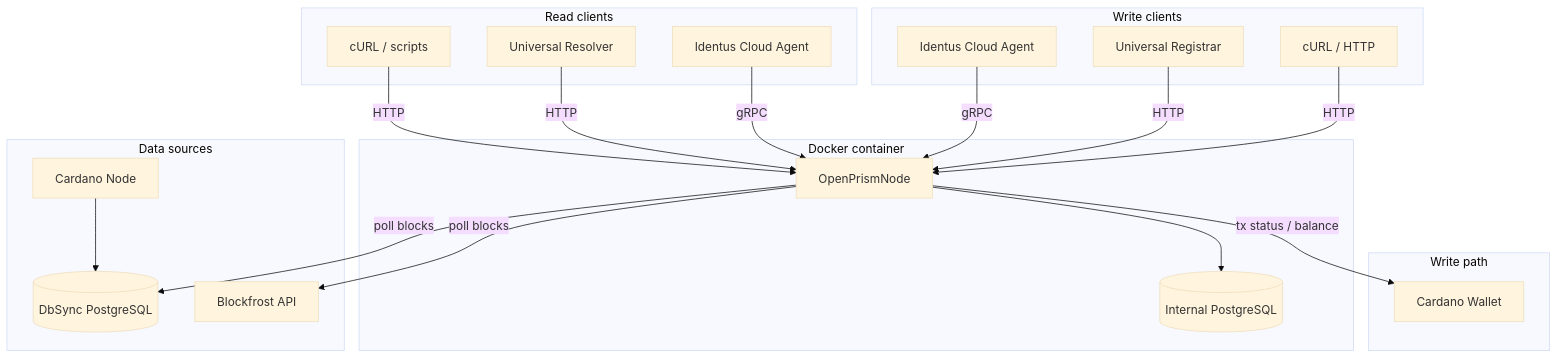
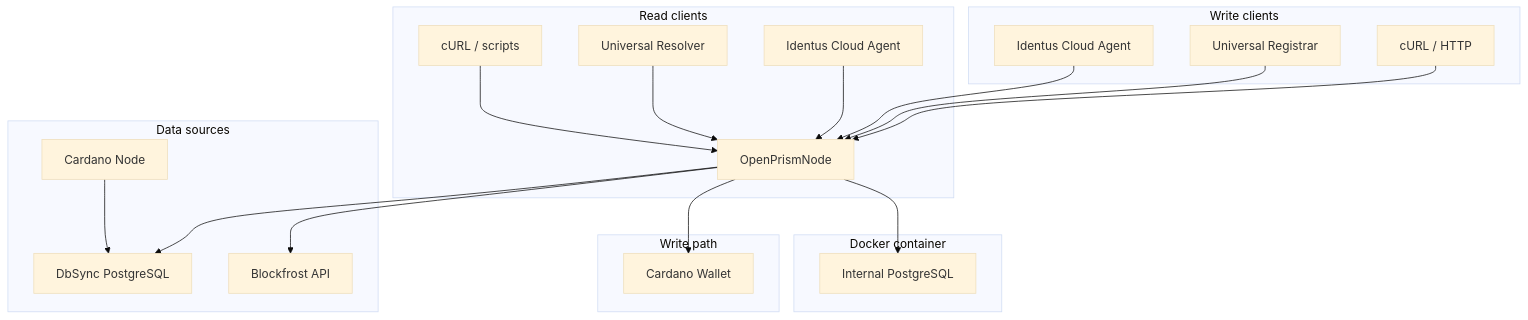
The diagram in docs/Architecture.md (bsandmann/OpenPrismNode), drawn with Mermaid (base theme) before and after one commit.

Commit message:
fiddling with the chart

`````diff
--- a/docs/Architecture.md
+++ b/docs/Architecture.md
@@ -5,53 +5,39 @@
 ```mermaid
-graph TD
-%% Read‑only clients (top)
+flowchart TD
+%% Read clients
    subgraph "Read clients"
-      CurlRead[cURL / scripts]
-      UR[Universal Resolver]
-      IdentusRead[Identus Cloud Agent]
+      CurlRead["cURL / scripts"] --> OPN
+      UR["Universal Resolver"] --> OPN
+      IdentusRead["Identus Cloud Agent"] --> OPN
    end
 
-%% Write‑capable clients
+%% Write clients
    subgraph "Write clients"
-      IdentusWrite[Identus Cloud Agent]
-      UniRegistrar[Universal Registrar]
-      CurlWrite[cURL / HTTP]
+      IdentusWrite["Identus Cloud Agent"] --> OPN
+      UniRegistrar["Universal Registrar"] --> OPN
+      CurlWrite["cURL / HTTP"] --> OPN
    end
 
-%% Docker container with OPN & internal DB
+%% Core node in Docker container
    subgraph "Docker container"
-      OPN[OpenPrismNode]
-      InternalDB[(Internal PostgreSQL)]
+      OPN["OpenPrismNode"]
+      InternalDB["Internal PostgreSQL"]
       OPN --> InternalDB
    end
 
-%% Data sources (bottom)
+%% Data sources
    subgraph "Data sources"
-      CardanoNode[Cardano Node]
-      DbSync[(DbSync PostgreSQL)]
-      CardanoNode --> DbSync
-      Blockfrost[Blockfrost API]
+      CardanoNode["Cardano Node"] --> DbSync
+      DbSync["DbSync PostgreSQL"]
+      Blockfrost["Blockfrost API"]
    end
 
-%% Wallet path (bottom)
+   OPN --> DbSync
+   OPN --> Blockfrost
+
+%% Wallet path
    subgraph "Write path"
-      Wallet[Cardano Wallet]
+      Wallet["Cardano Wallet"]
    end
-
-%% Ingestion edges (polling)
-   OPN -->|poll blocks| DbSync
-   OPN -->|poll blocks| Blockfrost
-
-%% Read edges (incoming)
-   CurlRead -->|HTTP| OPN
-   UR -->|HTTP| OPN
-   IdentusRead -->|gRPC| OPN
-
-%% Write edges (incoming)
-   IdentusWrite -->|gRPC| OPN
-   UniRegistrar -->|HTTP| OPN
-   CurlWrite -->|HTTP| OPN
-
-%% Wallet feedback
-   OPN -->|tx status / balance| Wallet
+   OPN --> Wallet
 ````
`````
